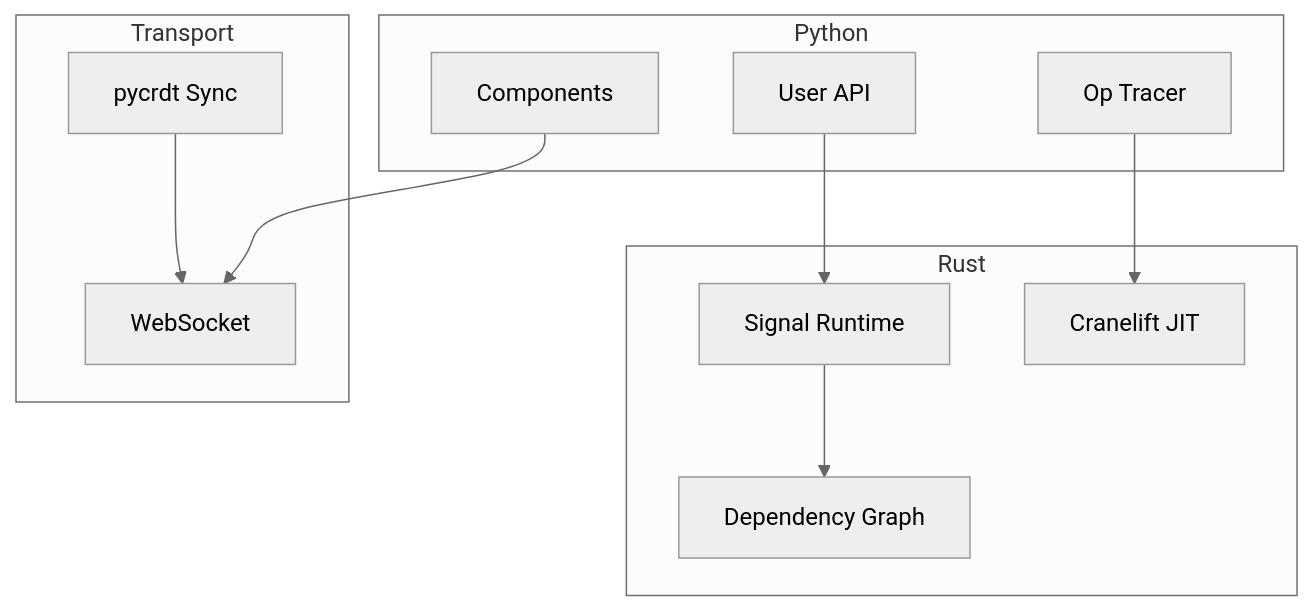
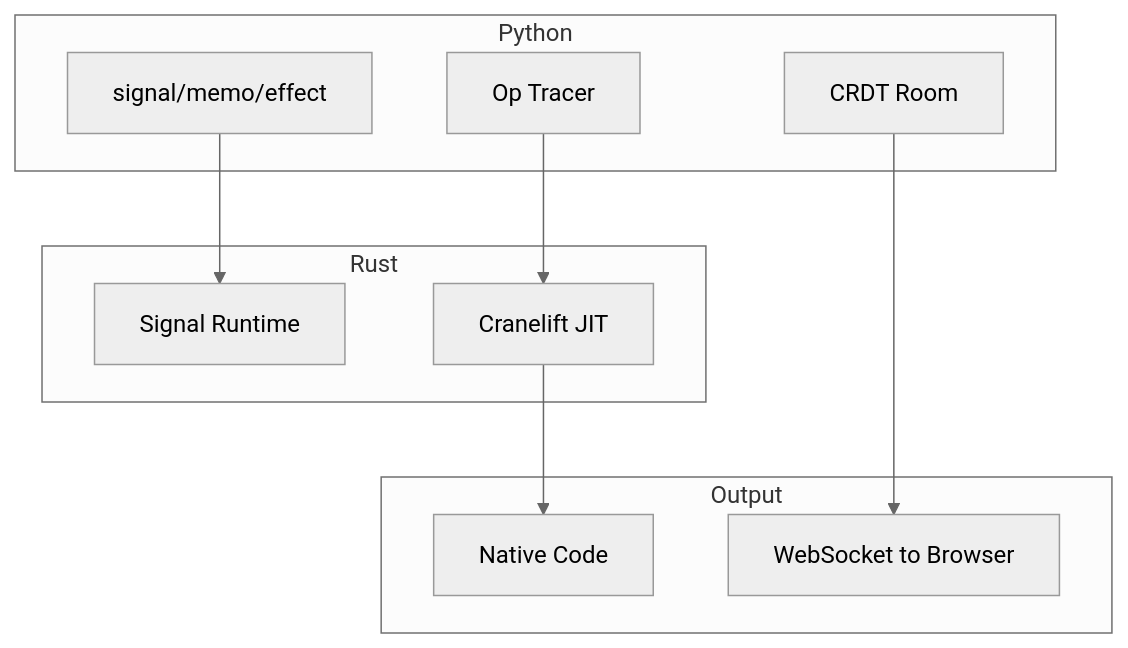
Before and after one commit to matteso1/lattice: the diagram in README.md, drawn with Mermaid (neutral theme). The commit also changed other lines of this file and 1 other file, not shown here.

````diff
--- a/README.md
+++ b/README.md
@@ -181,25 +185,22 @@
 ```mermaid
 flowchart TB
     subgraph Python
-        API[User API]
+        API[signal/memo/effect]
         Tracer[Op Tracer]
-        Component[Components]
+        Collab[CRDT Room]
     end
     
     subgraph Rust
         Signal[Signal Runtime]
-        Graph[Dependency Graph]
         JIT[Cranelift JIT]
     end
     
-    subgraph Transport
-        WS[WebSocket]
-        CRDT[pycrdt Sync]
+    subgraph Output
+        Native[Native Code]
+        Browser[WebSocket to Browser]
     end
     
     API --> Signal
-    Tracer --> JIT
-    Component --> WS
-    Signal --> Graph
-    CRDT --> WS
+    Tracer --> JIT --> Native
+    Collab --> Browser
 ```
````
